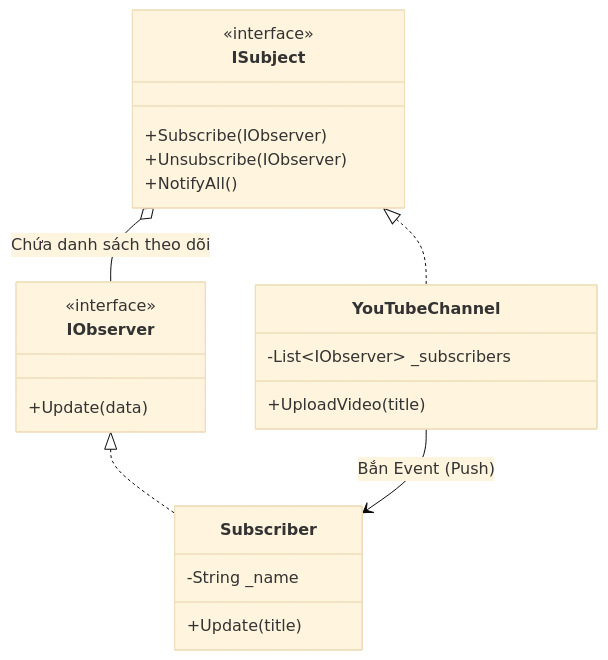
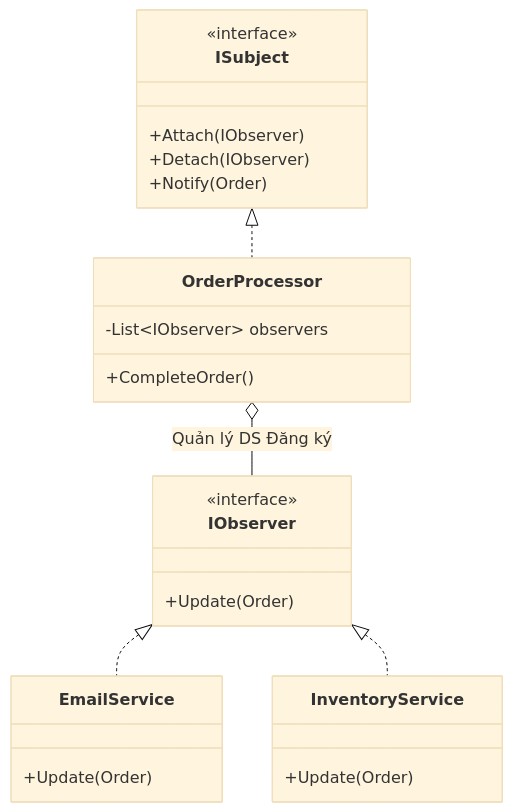
One commit to maitieubao/VisualizationDSA changed the diagram in frontend/src/features/docs/content/patterns/observer.md. Above: the diagram before and after it, drawn with Mermaid (base theme). The commit also changed other lines of this file and 823 other files, not shown here.

First line of the commit message:
feat: Sprint 3 hoàn tất - Classroom, Codelabs, Theory Articles, Graph search viz + redesign QuickSort/MergeSort visualizers

````diff
--- a/frontend/src/features/docs/content/patterns/observer.md
+++ b/frontend/src/features/docs/content/patterns/observer.md
@@ -32,26 +65,28 @@
 ```mermaid
 classDiagram
     class ISubject {
         <<interface>>
-        +Subscribe(IObserver)
-        +Unsubscribe(IObserver)
-        +NotifyAll()
+        +Attach(IObserver)
+        +Detach(IObserver)
+        +Notify(Order)
     }
     class IObserver {
         <<interface>>
-        +Update(data)
+        +Update(Order)
     }
-    class YouTubeChannel {
-        -List~IObserver~ _subscribers
-        +UploadVideo(title)
+    class OrderProcessor {
+        -List~IObserver~ observers
+        +CompleteOrder()
     }
-    class Subscriber {
-        -String _name
-        +Update(title)
+    class EmailService {
+        +Update(Order)
+    }
+    class InventoryService {
+        +Update(Order)
     }
     
-    ISubject <|.. YouTubeChannel
-    IObserver <|.. Subscriber
-    ISubject o-- IObserver : Chứa danh sách theo dõi
-    YouTubeChannel --> Subscriber : Bắn Event (Push)
+    ISubject <|.. OrderProcessor
+    IObserver <|.. EmailService
+    IObserver <|.. InventoryService
+    OrderProcessor o-- IObserver : Quản lý DS Đăng ký
 ```
````
